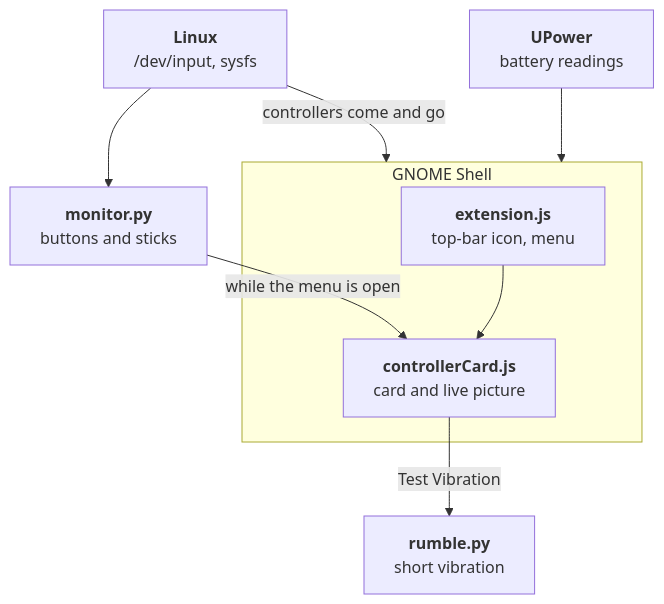
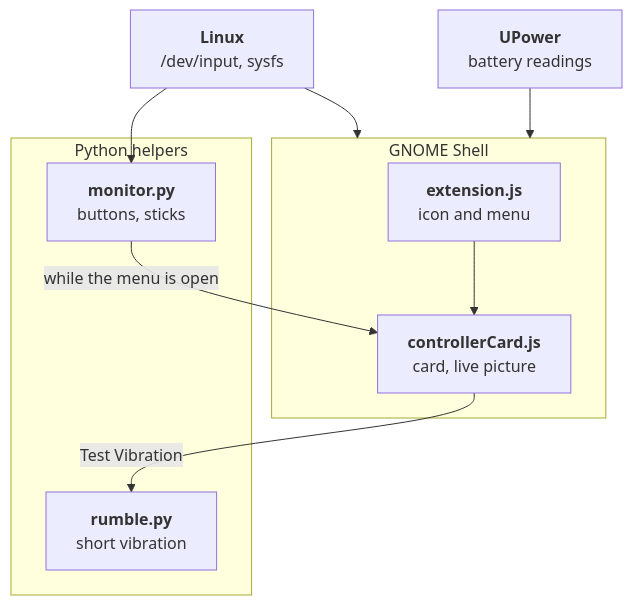
Before and after one commit to NahuelGenchi/padlight: the first of 2 diagrams in README.md, drawn with Mermaid.

Commit message:
docs: fit the How it works diagram to GitHub's renderer (#2)
GitHub lays out mermaid flowcharts with ELK, not dagre, so the layout
checked against stock mermaid came out tangled on GitHub. Checked in
GitHub's own viewer instead: with the two Python helpers grouped and
Linux and UPower pointing at the GNOME Shell group, the diagram has no
crossings, keeps clear of the zoom controls at README width, and is
about 630 px tall. Shorter node text keeps every box to two lines.

````diff
--- a/README.md
+++ b/README.md
@@ -197,17 +197,19 @@
 ```mermaid
 flowchart TB
     kernel["<b>Linux</b><br/>/dev/input, sysfs"]
     upower["<b>UPower</b><br/>battery readings"]
     subgraph shell["GNOME Shell"]
-        ext["<b>extension.js</b><br/>top-bar icon, menu"]
-        card["<b>controllerCard.js</b><br/>card and live picture"]
+        ext["<b>extension.js</b><br/>icon and menu"]
+        card["<b>controllerCard.js</b><br/>card, live picture"]
     end
-    monitor["<b>monitor.py</b><br/>buttons and sticks"]
-    rumble["<b>rumble.py</b><br/>short vibration"]
-    kernel --> monitor
-    kernel -->|"controllers come and go"| shell
+    subgraph helpers["Python helpers"]
+        monitor["<b>monitor.py</b><br/>buttons, sticks"]
+        rumble["<b>rumble.py</b><br/>short vibration"]
+    end
+    kernel --> shell
     upower --> shell
     ext --> card
+    kernel --> monitor
     monitor -->|"while the menu is open"| card
     card -->|"Test Vibration"| rumble
 ```
````
